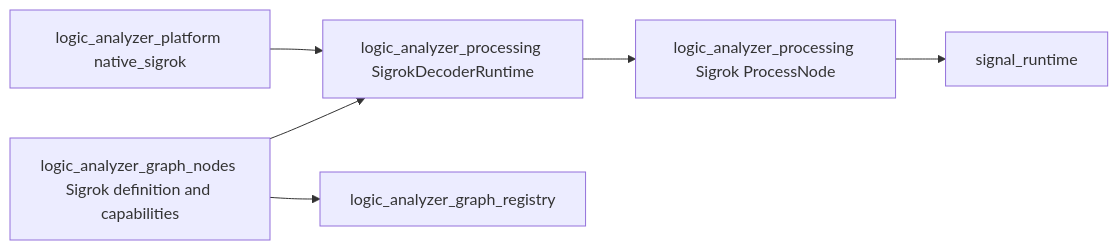
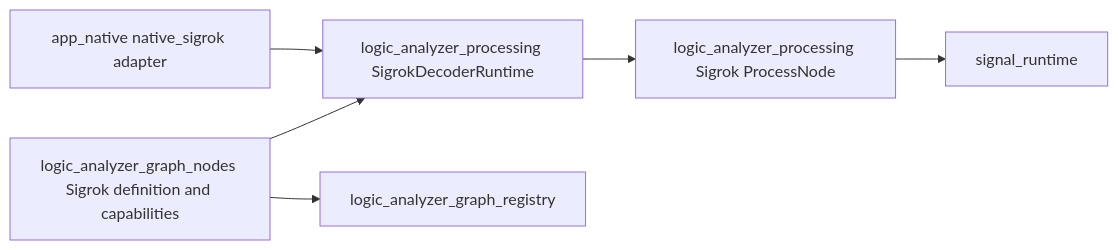
The diagram in docs/integrations/sigrok_python_decoder.md (rcaelers/dsl), drawn with Mermaid before and after one commit. The commit also changed other lines of this file and 67 other files, not shown here.

````diff
--- a/docs/integrations/sigrok_python_decoder.md
+++ b/docs/integrations/sigrok_python_decoder.md
@@ -69,8 +69,8 @@
 ```mermaid
 flowchart LR
-    Platform[logic_analyzer_platform native_sigrok] --> Contract[logic_analyzer_processing SigrokDecoderRuntime]
+    NativeApp[app_native native_sigrok adapter] --> Contract[logic_analyzer_processing SigrokDecoderRuntime]
     Contract --> Node[logic_analyzer_processing Sigrok ProcessNode]
     GraphNode[logic_analyzer_graph_nodes Sigrok definition and capabilities] --> Contract
     GraphNode --> Registry[logic_analyzer_graph_registry]
     Node --> Runtime[signal_runtime]
 ```
````
